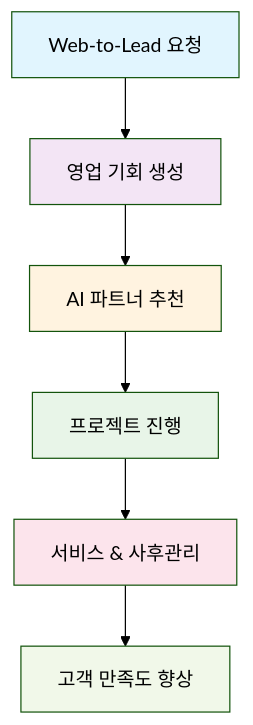
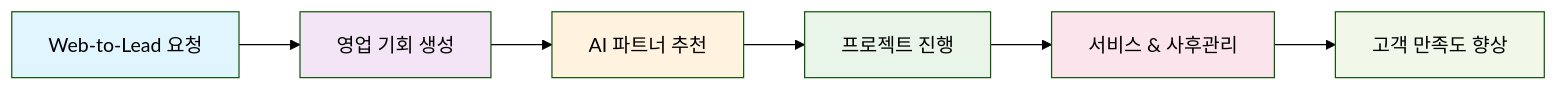
The first of 4 diagrams in README.md (WJY-ador/Salesforce_Yashija_Project), drawn with Mermaid (forest theme) before and after one commit. The commit also changed other lines of this file, not shown here.

````diff
--- a/README.md
+++ b/README.md
@@ -73,15 +73,15 @@
 ```mermaid
-graph TD
-    A[Web-to-Lead 요청] --> B[영업 기회 생성]
-    B --> C[AI 파트너 추천]
-    C --> D[프로젝트 진행]
-    D --> E[서비스 & 사후관리]
-    E --> F[고객 만족도 향상]
-    
-    style A fill:#e1f5fe
-    style B fill:#f3e5f5
-    style C fill:#fff3e0
-    style D fill:#e8f5e8
-    style E fill:#fce4ec
-    style F fill:#f1f8e9
+graph LR
+    A[Web-to-Lead 요청] --> B[영업 기회 생성]
+    B --> C[AI 파트너 추천]
+    C --> D[프로젝트 진행]
+    D --> E[서비스 & 사후관리]
+    E --> F[고객 만족도 향상]
+    
+    style A fill:#e1f5fe
+    style B fill:#f3e5f5
+    style C fill:#fff3e0
+    style D fill:#e8f5e8
+    style E fill:#fce4ec
+    style F fill:#f1f8e9
 ```
````
